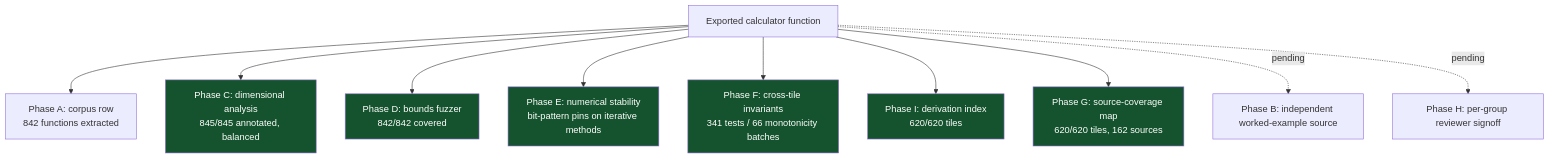
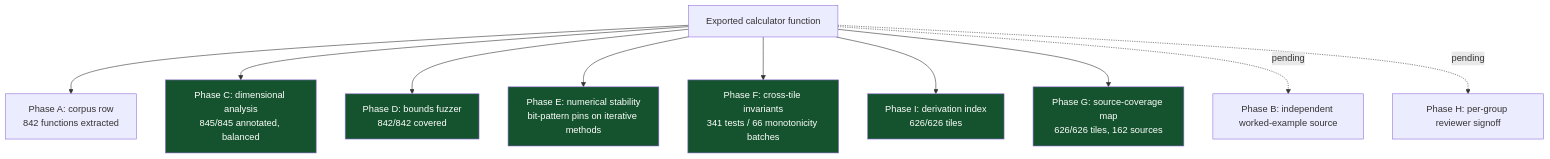
One commit to clay-good/roughlogic.com changed the sixth of 8 diagrams in README.md. Above: the diagram before and after it, drawn with Mermaid. The commit also changed other lines of this file and 20 other files, not shown here.

````diff
--- a/README.md
+++ b/README.md
@@ -474,18 +474,18 @@
 ```mermaid
 flowchart TB
     F[Exported calculator function] --> A[Phase A: corpus row\n842 functions extracted]
     F --> C[Phase C: dimensional analysis\n845/845 annotated, balanced]
     F --> D[Phase D: bounds fuzzer\n842/842 covered]
     F --> E[Phase E: numerical stability\nbit-pattern pins on iterative methods]
     F --> Fa[Phase F: cross-tile invariants\n341 tests / 66 monotonicity batches]
-    F --> I[Phase I: derivation index\n620/620 tiles]
-    F --> G[Phase G: source-coverage map\n620/620 tiles, 162 sources]
+    F --> I[Phase I: derivation index\n626/626 tiles]
+    F --> G[Phase G: source-coverage map\n626/626 tiles, 162 sources]
     F -.pending.-> B[Phase B: independent worked-example source]
     F -.pending.-> H[Phase H: per-group reviewer signoff]
     style C fill:#14532d,color:#fff
     style D fill:#14532d,color:#fff
     style E fill:#14532d,color:#fff
     style Fa fill:#14532d,color:#fff
     style G fill:#14532d,color:#fff
     style I fill:#14532d,color:#fff
 ```
````
